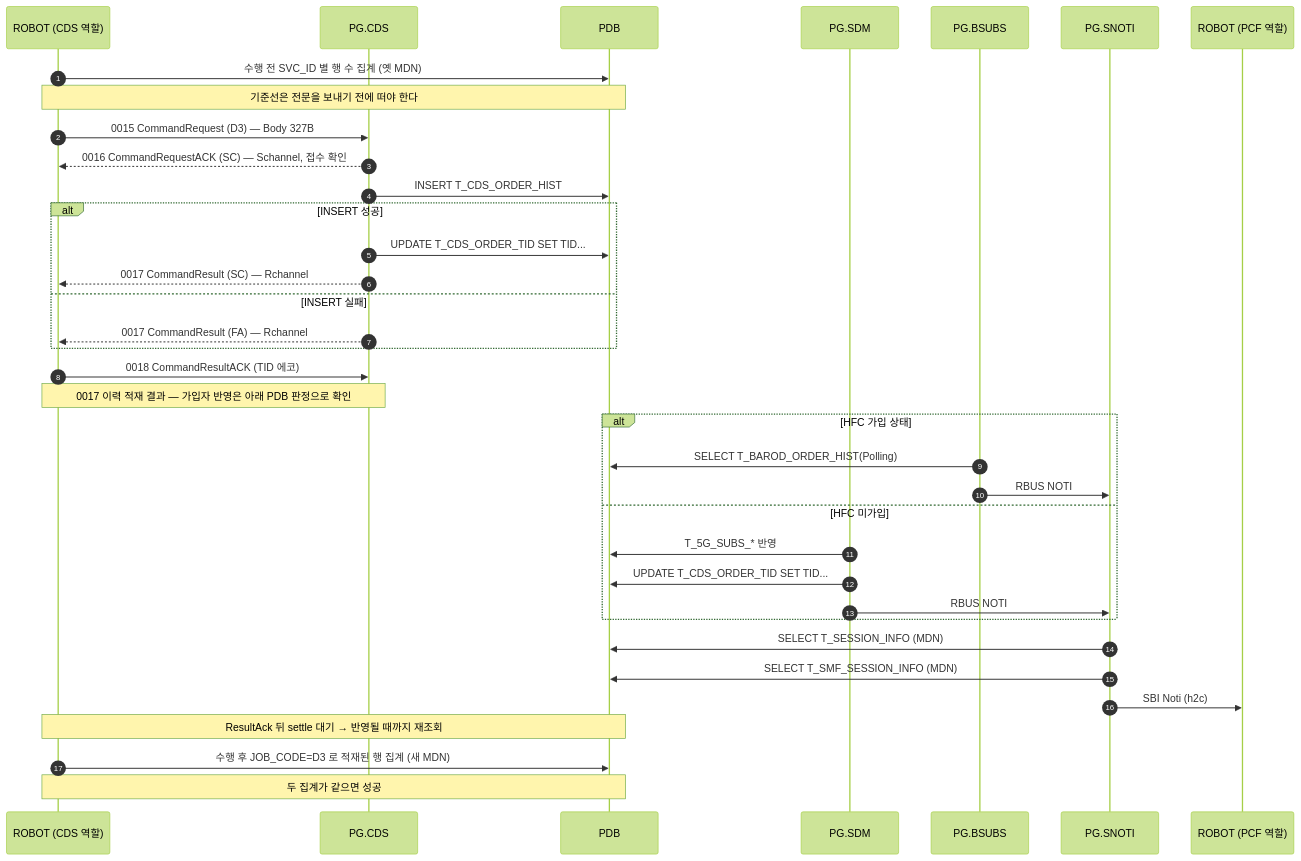
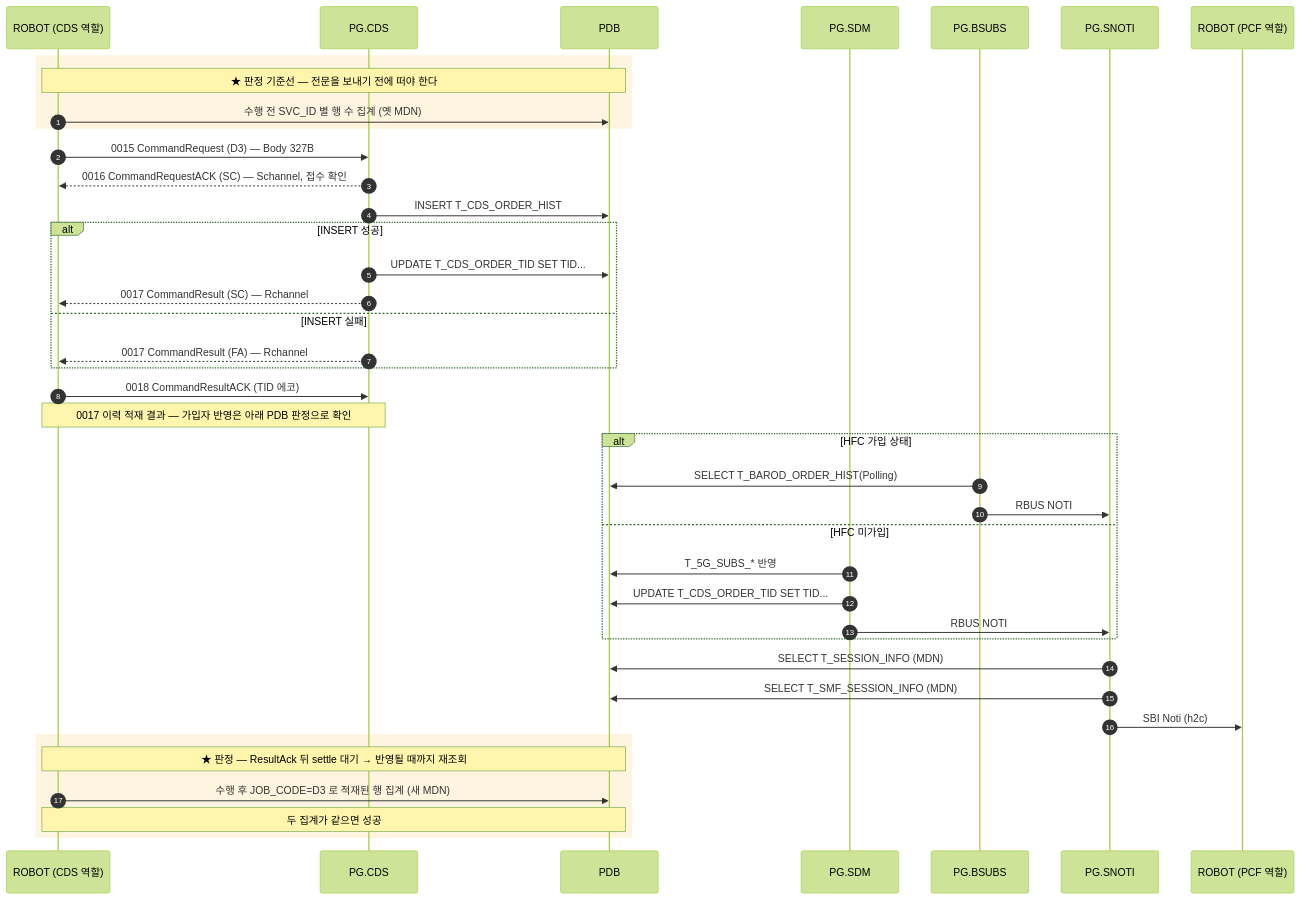
One commit to IanKim2030/tc4robot changed the diagram in docs/callflow/CDS_D3.md. Above: the diagram before and after it, drawn with Mermaid (forest theme). The commit also changed 19 other files, not shown here.

````diff
--- a/docs/callflow/CDS_D3.md
+++ b/docs/callflow/CDS_D3.md
@@ -17,40 +17,44 @@
 ```mermaid
 sequenceDiagram
     autonumber
     participant TOOL as ROBOT (CDS 역할)
     participant PCDS as PG.CDS
     participant PDB as PDB
     participant SDM as PG.SDM
     participant BSUBS as PG.BSUBS
     participant SNOTI as PG.SNOTI
     participant PCF as ROBOT (PCF 역할)
 
-    TOOL->>PDB: 수행 전 SVC_ID 별 행 수 집계 (옛 MDN)
-    Note over TOOL,PDB: 기준선은 전문을 보내기 전에 떠야 한다
+    rect rgba(255, 176, 32, 0.14)
+    Note over TOOL,PDB: ★ 판정 기준선 — 전문을 보내기 전에 떠야 한다
+        TOOL->>PDB: 수행 전 SVC_ID 별 행 수 집계 (옛 MDN)
+    end
     TOOL->>PCDS: 0015 CommandRequest (D3) — Body 327B
     PCDS-->>TOOL: 0016 CommandRequestACK (SC) — Schannel, 접수 확인
     PCDS->>PDB: INSERT T_CDS_ORDER_HIST
     alt INSERT 성공
         PCDS->>PDB: UPDATE T_CDS_ORDER_TID SET TID...
         PCDS-->>TOOL: 0017 CommandResult (SC) — Rchannel
     else INSERT 실패
         PCDS-->>TOOL: 0017 CommandResult (FA) — Rchannel
     end
     TOOL->>PCDS: 0018 CommandResultACK (TID 에코)
     Note over TOOL,PCDS: 0017 이력 적재 결과 — 가입자 반영은 아래 PDB 판정으로 확인
 
     alt HFC 가입 상태
         BSUBS->>PDB: SELECT T_BAROD_ORDER_HIST(Polling)
         BSUBS->>SNOTI: RBUS NOTI
     else HFC 미가입
         SDM->>PDB: T_5G_SUBS_* 반영
         SDM->>PDB: UPDATE T_CDS_ORDER_TID SET TID...
         SDM->>SNOTI: RBUS NOTI
     end
     SNOTI->>PDB: SELECT T_SESSION_INFO (MDN)
     SNOTI->>PDB: SELECT T_SMF_SESSION_INFO (MDN)
     SNOTI->>PCF: SBI Noti (h2c)
-    Note over TOOL,PDB: ResultAck 뒤 settle 대기 → 반영될 때까지 재조회
-    TOOL->>PDB: 수행 후 JOB_CODE=D3 로 적재된 행 집계 (새 MDN)
-    Note over TOOL,PDB: 두 집계가 같으면 성공
+    rect rgba(255, 176, 32, 0.14)
+    Note over TOOL,PDB: ★ 판정 — ResultAck 뒤 settle 대기 → 반영될 때까지 재조회
+        TOOL->>PDB: 수행 후 JOB_CODE=D3 로 적재된 행 집계 (새 MDN)
+        Note over TOOL,PDB: 두 집계가 같으면 성공
+    end
 ```
````
